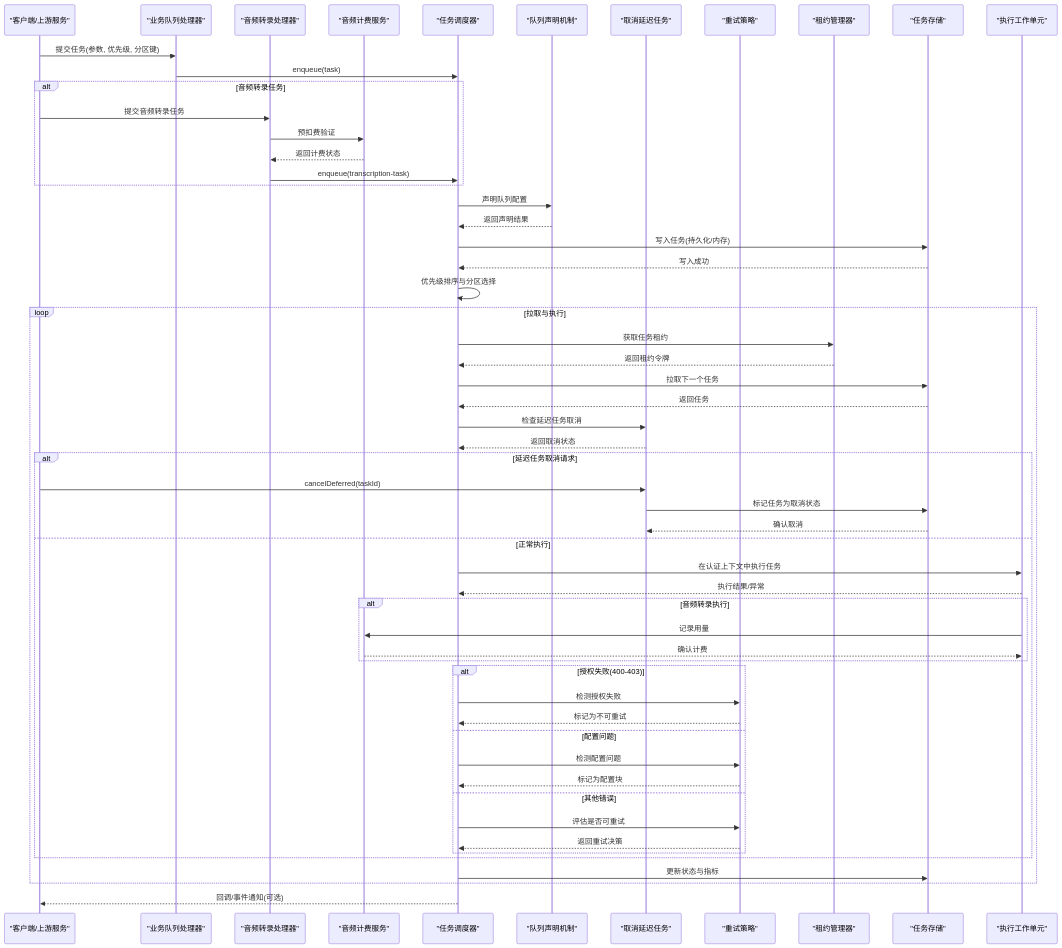
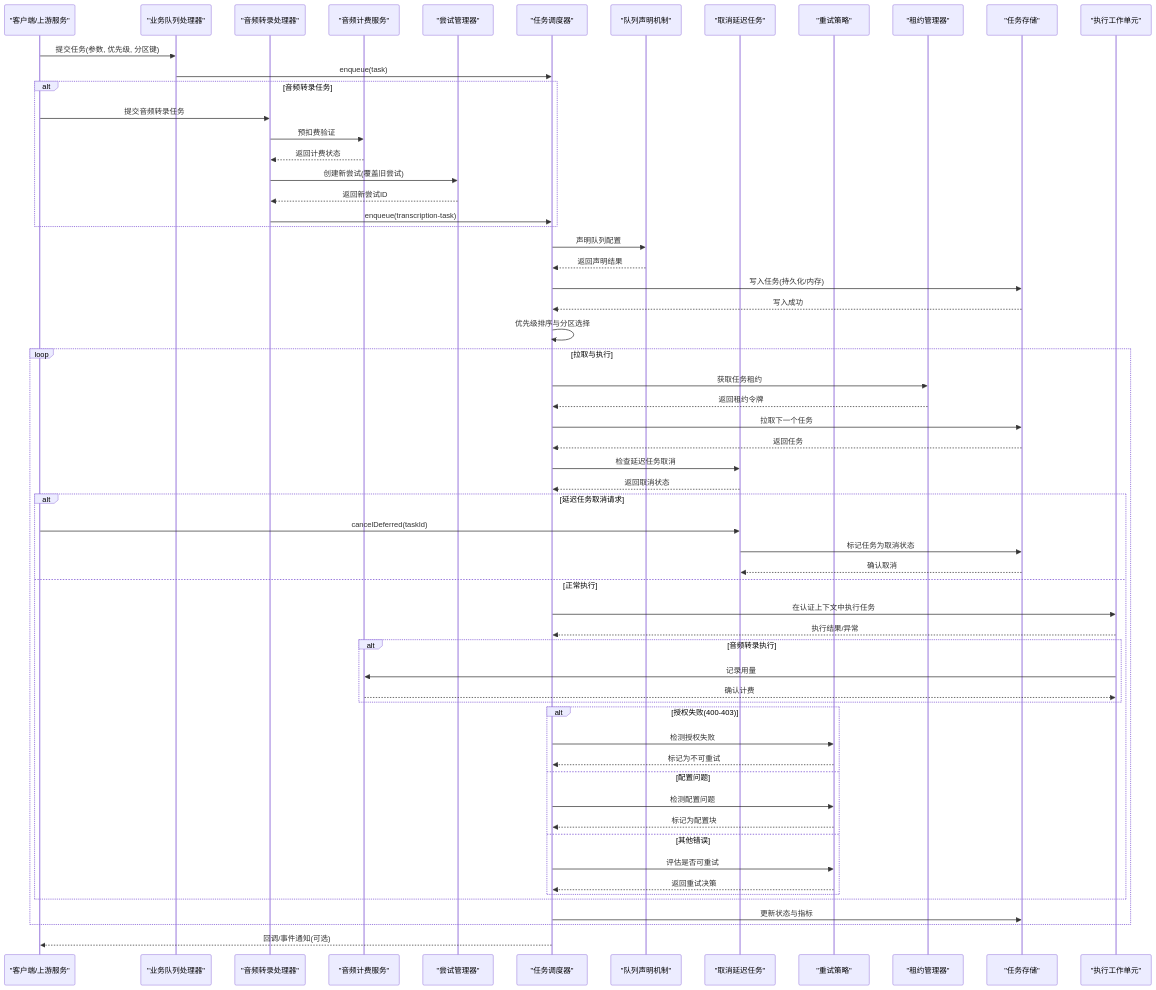
The second of 4 diagrams in .qoder/repowiki/zh/content/后端架构/任务处理/作业队列系统.md (scottcwy/PurpleInk), drawn with Mermaid before and after one commit. The commit also changed other lines of this file and 30 other files, not shown here.

````diff
--- a/.qoder/repowiki/zh/content/后端架构/任务处理/作业队列系统.md
+++ b/.qoder/repowiki/zh/content/后端架构/任务处理/作业队列系统.md
@@ -172,59 +175,62 @@
 ```mermaid
 sequenceDiagram
 participant Client as "客户端/上游服务"
 participant Handler as "业务队列处理器"
 participant TranscriptionHandler as "音频转录处理器"
 participant BillingService as "音频计费服务"
+participant AttemptManager as "尝试管理器"
 participant Runner as "任务调度器"
 participant QueueClaim as "队列声明机制"
 participant CancelDeferred as "取消延迟任务"
 participant RetryPolicy as "重试策略"
 participant Lease as "租约管理器"
 participant Store as "任务存储"
 participant Worker as "执行工作单元"
 Client->>Handler : 提交任务(参数, 优先级, 分区键)
 Handler->>Runner : enqueue(task)
 alt 音频转录任务
 Client->>TranscriptionHandler : 提交音频转录任务
 TranscriptionHandler->>BillingService : 预扣费验证
 BillingService-->>TranscriptionHandler : 返回计费状态
+TranscriptionHandler->>AttemptManager : 创建新尝试(覆盖旧尝试)
+AttemptManager-->>TranscriptionHandler : 返回新尝试ID
 TranscriptionHandler->>Runner : enqueue(transcription-task)
 end
 Runner->>QueueClaim : 声明队列配置
 QueueClaim-->>Runner : 返回声明结果
 Runner->>Store : 写入任务(持久化/内存)
 Store-->>Runner : 写入成功
 Runner->>Runner : 优先级排序与分区选择
 loop 拉取与执行
 Runner->>Lease : 获取任务租约
 Lease-->>Runner : 返回租约令牌
 Runner->>Store : 拉取下一个任务
 Store-->>Runner : 返回任务
 Runner->>CancelDeferred : 检查延迟任务取消
 CancelDeferred-->>Runner : 返回取消状态
 alt 延迟任务取消请求
 Client->>CancelDeferred : cancelDeferred(taskId)
 CancelDeferred->>Store : 标记任务为取消状态
 Store-->>CancelDeferred : 确认取消
 else 正常执行
 Runner->>Worker : 在认证上下文中执行任务
 Worker-->>Runner : 执行结果/异常
 alt 音频转录执行
 Worker->>BillingService : 记录用量
 BillingService-->>Worker : 确认计费
 end
 alt 授权失败(400-403)
 Runner->>RetryPolicy : 检测授权失败
 RetryPolicy-->>Runner : 标记为不可重试
 else 配置问题
 Runner->>RetryPolicy : 检测配置问题
 RetryPolicy-->>Runner : 标记为配置块
 else 其他错误
 Runner->>RetryPolicy : 评估是否可重试
 RetryPolicy-->>Runner : 返回重试决策
 end
 end
 Runner->>Store : 更新状态与指标
 end
 Runner-->>Client : 回调/事件通知(可选)
 ```
````
